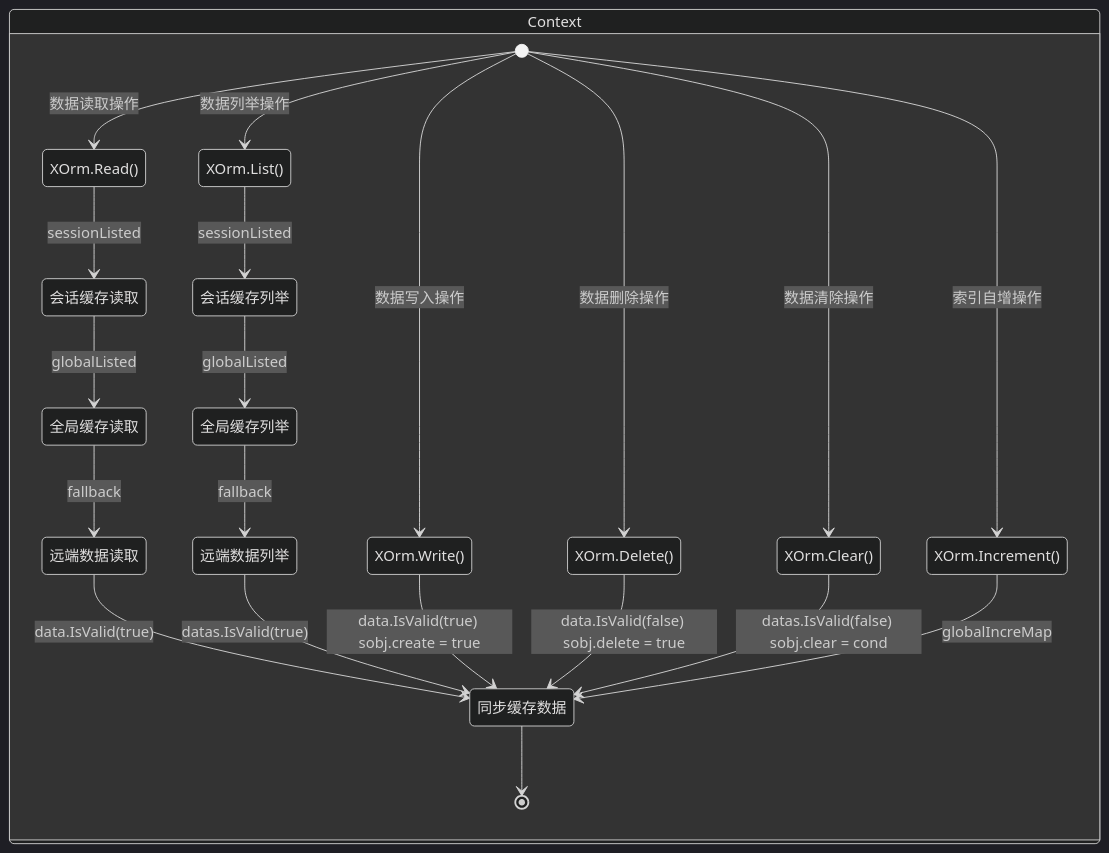
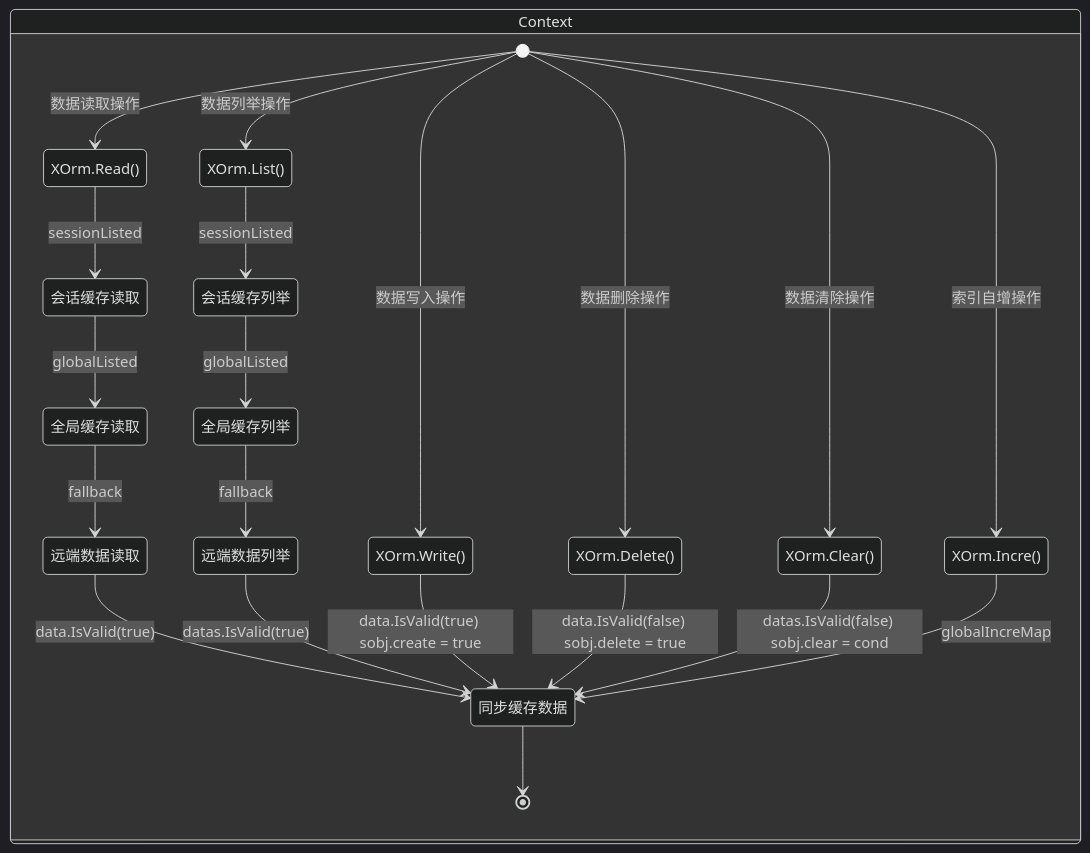
One commit to eframework-io/Go.CRUD changed the second of 2 diagrams in XOrm/README.md. Above: the diagram before and after it, drawn with Mermaid (dark theme). The commit also changed other lines of this file and 2 other files, not shown here.

````diff
--- a/XOrm/README.md
+++ b/XOrm/README.md
@@ -400,31 +400,31 @@
 ```mermaid
 stateDiagram-v2
     direction TB
     state Context {
         同步缓存数据 --> [*]
 
         [*] --> XOrm.Read(): 数据读取操作
         XOrm.Read() --> 会话缓存读取: sessionListed
         会话缓存读取 --> 全局缓存读取: globalListed
         全局缓存读取 --> 远端数据读取: fallback
         远端数据读取 --> 同步缓存数据: data.IsValid(true)
 
         [*] --> XOrm.List(): 数据列举操作
         XOrm.List() --> 会话缓存列举: sessionListed
         会话缓存列举 --> 全局缓存列举: globalListed
         全局缓存列举 --> 远端数据列举: fallback
         远端数据列举 --> 同步缓存数据: datas.IsValid(true)
 
         [*] --> XOrm.Write(): 数据写入操作
         XOrm.Write() --> 同步缓存数据: data.IsValid(true) sobj.create = true
 
         [*] --> XOrm.Delete(): 数据删除操作
         XOrm.Delete() --> 同步缓存数据: data.IsValid(false) sobj.delete = true
 
         [*] --> XOrm.Clear(): 数据清除操作
         XOrm.Clear() --> 同步缓存数据: datas.IsValid(false) sobj.clear = cond
 
-        [*] --> XOrm.Increment(): 索引自增操作
-        XOrm.Increment() --> 同步缓存数据: globalIncreMap
+        [*] --> XOrm.Incre(): 索引自增操作
+        XOrm.Incre() --> 同步缓存数据: globalIncreMap
     }
 ```
````
